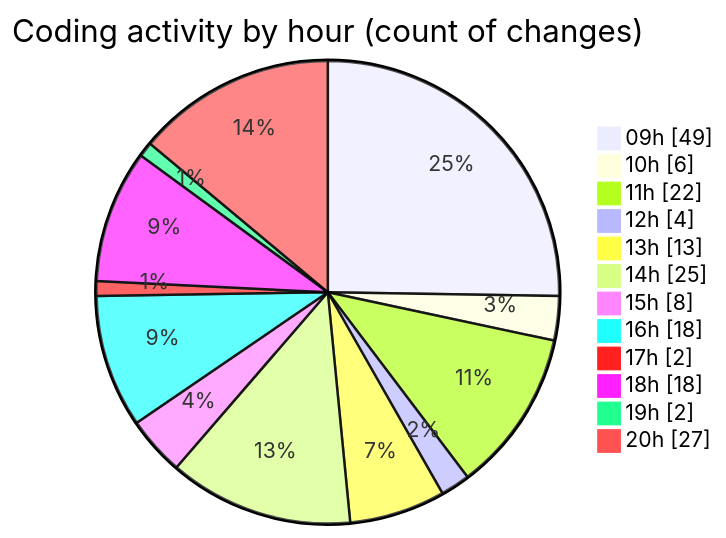
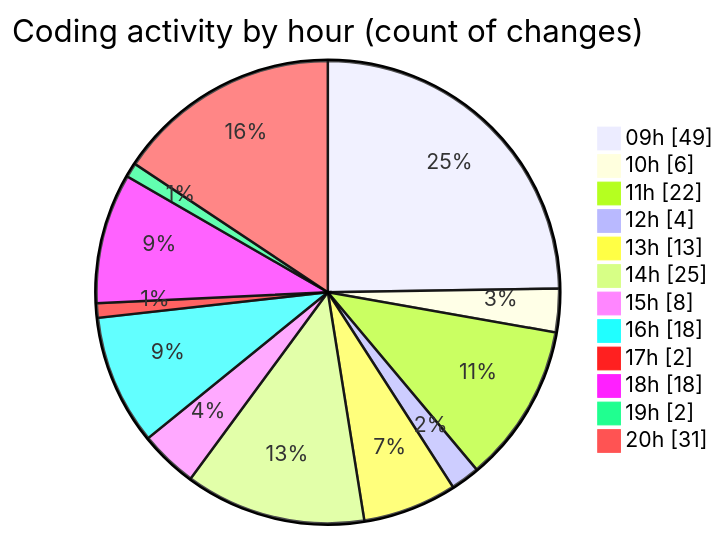
The second of 2 diagrams in 2026-06-17/cda/README.md (momahboobian/code-tracking), drawn with Mermaid before and after one commit. The commit also changed other lines of this file and 1 other file, not shown here.

````diff
--- a/2026-06-17/cda/README.md
+++ b/2026-06-17/cda/README.md
@@ -71,16 +71,16 @@
 ```mermaid
 pie showData
 title Coding activity by hour (count of changes)
 "09h" : 49
 "10h" : 6
 "11h" : 22
 "12h" : 4
 "13h" : 13
 "14h" : 25
 "15h" : 8
 "16h" : 18
 "17h" : 2
 "18h" : 18
 "19h" : 2
-"20h" : 27
+"20h" : 31
 ```
````
